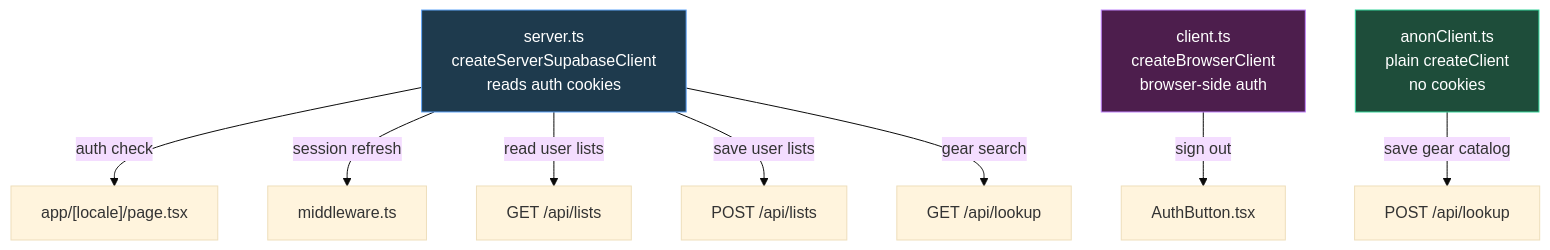
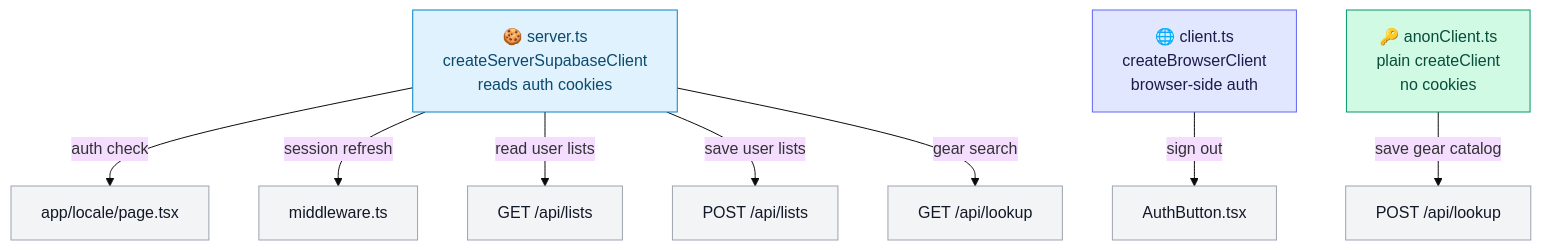
One commit to alexzhel-io/veloadout changed the seventh of 14 diagrams in docs/architecture.md. Above: the diagram before and after it, drawn with Mermaid (base theme). The commit also changed other lines of this file and 1 other file, not shown here.

Commit message:
docs: translate to English, pastel colors on all diagrams

````diff
--- a/docs/architecture.md
+++ b/docs/architecture.md
@@ -275,18 +287,25 @@
 ```mermaid
 graph TD
-    SC["server.ts<br>createServerSupabaseClient<br>reads auth cookies"]
-    BC["client.ts<br>createBrowserClient<br>browser-side auth"]
-    AC["anonClient.ts<br>plain createClient<br>no cookies"]
+    SC["🍪 server.ts<br>createServerSupabaseClient<br>reads auth cookies"]
+    BC["🌐 client.ts<br>createBrowserClient<br>browser-side auth"]
+    AC["🔑 anonClient.ts<br>plain createClient<br>no cookies"]
 
-    SC -->|auth check| PG["app/[locale]/page.tsx"]
+    SC -->|auth check| PG["app/locale/page.tsx"]
     SC -->|session refresh| MW["middleware.ts"]
     SC -->|read user lists| LR["GET /api/lists"]
     SC -->|save user lists| LS["POST /api/lists"]
     SC -->|gear search| GS["GET /api/lookup"]
     AC -->|save gear catalog| GW["POST /api/lookup"]
     BC -->|sign out| AB["AuthButton.tsx"]
 
-    style SC fill:#1e3a4d,stroke:#60a5fa,color:#fff
-    style BC fill:#4d1e4d,stroke:#c084fc,color:#fff
-    style AC fill:#1e4d3a,stroke:#34d399,color:#fff
+    style SC fill:#e0f2fe,stroke:#0284c7,color:#0c4a6e
+    style BC fill:#e0e7ff,stroke:#6366f1,color:#1e1b4b
+    style AC fill:#d1fae5,stroke:#059669,color:#064e3b
+    style PG fill:#f3f4f6,stroke:#9ca3af,color:#111827
+    style MW fill:#f3f4f6,stroke:#9ca3af,color:#111827
+    style LR fill:#f3f4f6,stroke:#9ca3af,color:#111827
+    style LS fill:#f3f4f6,stroke:#9ca3af,color:#111827
+    style GS fill:#f3f4f6,stroke:#9ca3af,color:#111827
+    style GW fill:#f3f4f6,stroke:#9ca3af,color:#111827
+    style AB fill:#f3f4f6,stroke:#9ca3af,color:#111827
 ```
````
